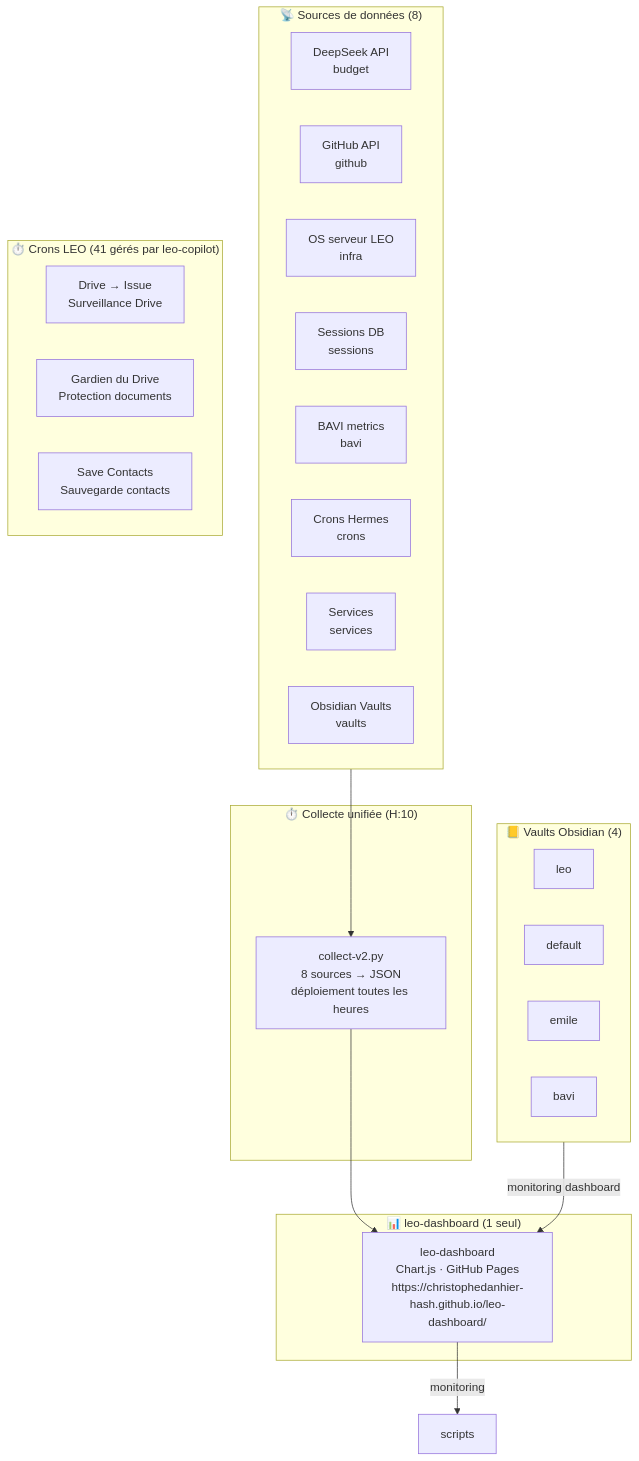
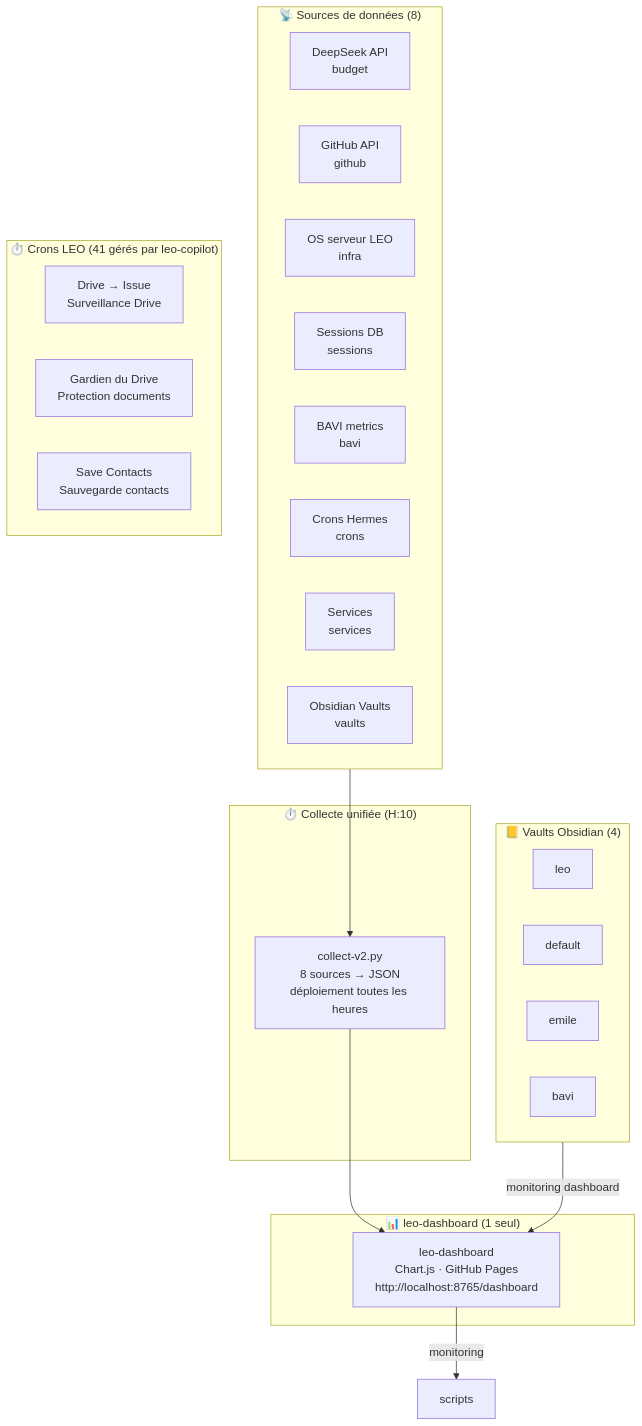
Before and after one commit to christophedanhier-hash/hermes-wiki: the diagram in docs/hermes/utilisation/architecture-leo.md, drawn with Mermaid. The commit also changed other lines of this file and 56 other files, not shown here.

````diff
--- a/docs/hermes/utilisation/architecture-leo.md
+++ b/docs/hermes/utilisation/architecture-leo.md
@@ -11,39 +11,39 @@
 ```mermaid
 flowchart TB
     subgraph Sources["📡 Sources de données (8)"]
         DS["DeepSeek API<br/>budget"]
         GH_API["GitHub API<br/>github"]
         OS["OS serveur LEO<br/>infra"]
         SESS["Sessions DB<br/>sessions"]
         BAVI_M["BAVI metrics<br/>bavi"]
         CRONS_M["Crons Hermes<br/>crons"]
         SVCS["Services<br/>services"]
         VAULTS["Obsidian Vaults<br/>vaults"]
     end
 
     subgraph Collecte["⏱️ Collecte unifiée (H:10)"]
         COLLECT["collect-v2.py<br/>8 sources → JSON<br/>déploiement toutes les heures"]
     end
 
     subgraph Dashboard["📊 leo-dashboard (1 seul)"]
-        DASH["leo-dashboard<br/>Chart.js · GitHub Pages<br/>https://christophedanhier-hash.github.io/leo-dashboard/"]
+        DASH["leo-dashboard<br/>Chart.js · GitHub Pages<br/>http://localhost:8765/dashboard"]
     end
 
     subgraph crons["⏱️ Crons LEO (41 gérés par leo-copilot)"]
         DRIVE_ISSUE["Drive → Issue<br/>Surveillance Drive"]
         GARDIEN["Gardien du Drive<br/>Protection documents"]
         SAVE_CONTACTS["Save Contacts<br/>Sauvegarde contacts"]
     end
 
     subgraph Vaults["📒 Vaults Obsidian (4)"]
         LEO_VAULT["leo"]
         DEFAULT_VAULT["default"]
         EMILE_VAULT["emile"]
         BAVI_VAULT["bavi"]
     end
 
     Sources --> COLLECT
     COLLECT --> DASH
     DASH -->|monitoring| scripts
     Vaults -->|monitoring dashboard| DASH
 ```
````
